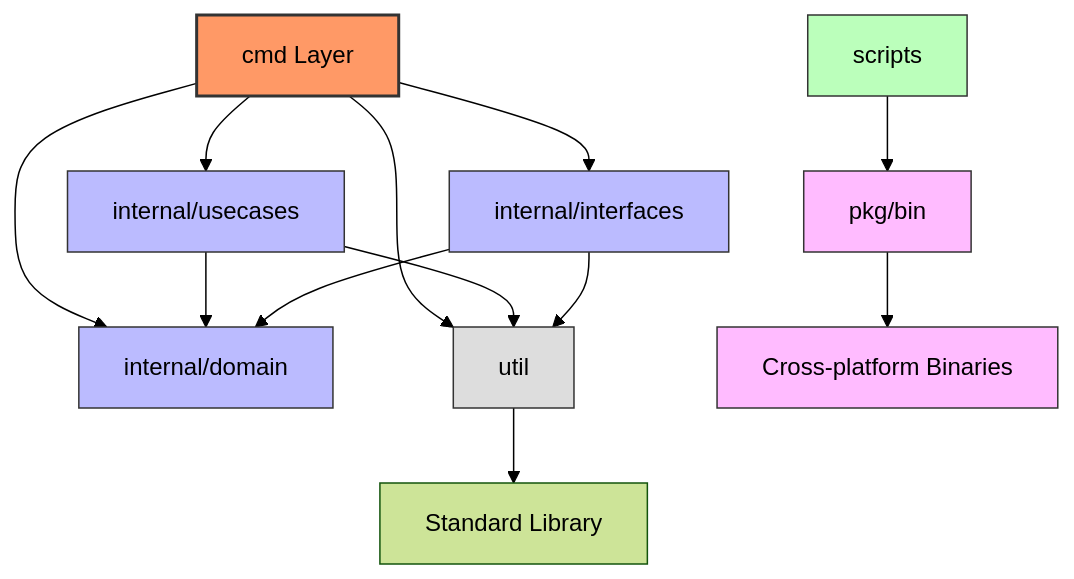
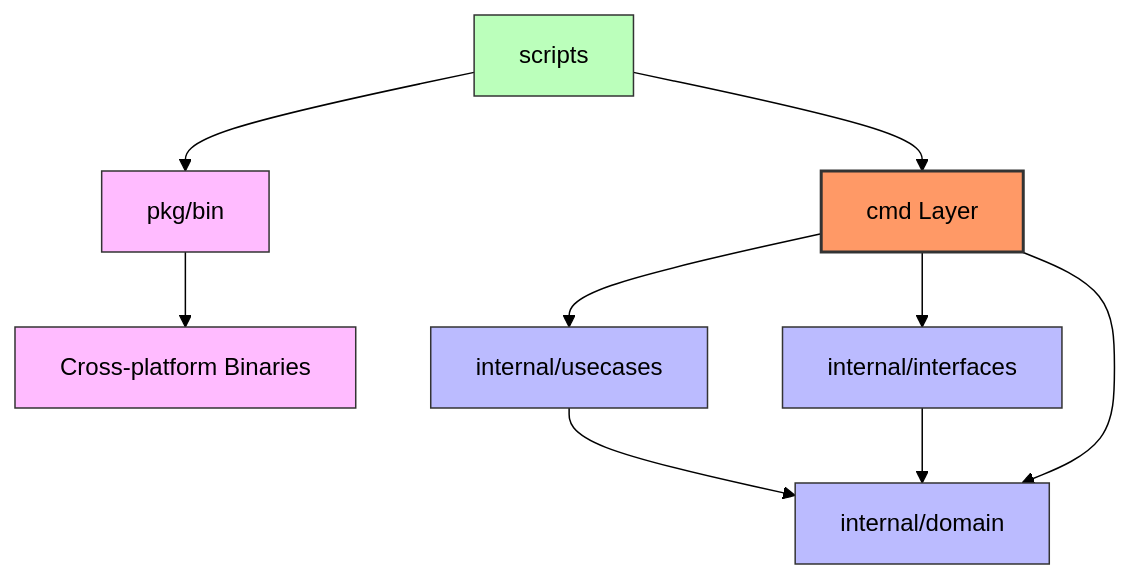
One commit to landmaster135/devbox changed the first of 2 diagrams in docs/project_overview.md. Above: the diagram before and after it, drawn with Mermaid (forest theme). The commit also changed other lines of this file and 1 other file, not shown here.

Commit message:
docs: Simplify architecture diagram and update package descriptions

````diff
--- a/docs/project_overview.md
+++ b/docs/project_overview.md
@@ -38,29 +38,24 @@
 ```mermaid
 graph TD
     A[cmd Layer] --> B[internal/usecases]
     A --> C[internal/interfaces]
     A --> D[internal/domain]
     
     B --> D
     C --> D
     
     E[scripts] --> F[pkg/bin]
-    A --> G[util]
-    B --> G
-    C --> G
+    E --> A
     
     F --> H[Cross-platform Binaries]
-    G --> I[Standard Library]
 
     classDef cmd fill:#f96,stroke:#333,stroke-width:2px;
     classDef internal fill:#bbf,stroke:#333,stroke-width:1px;
     classDef scripts fill:#bfb,stroke:#333,stroke-width:1px;
     classDef pkg fill:#fbf,stroke:#333,stroke-width:1px;
-    classDef util fill:#ddd,stroke:#333,stroke-width:1px;
 
     class A cmd;
     class B,C,D internal;
     class E scripts;
     class F,H pkg;
-    class G util;
 ```
````
